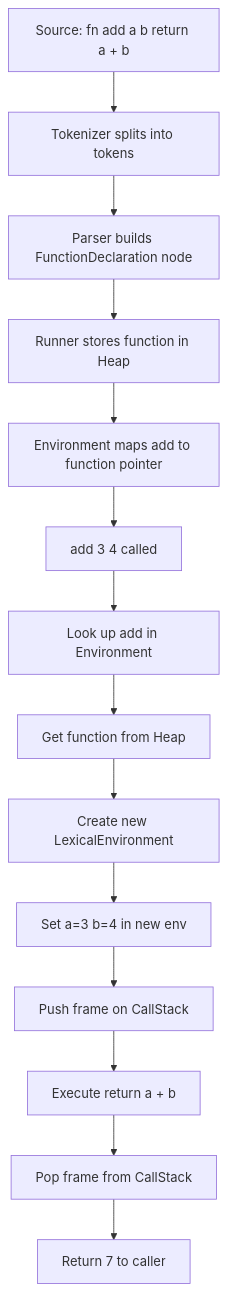
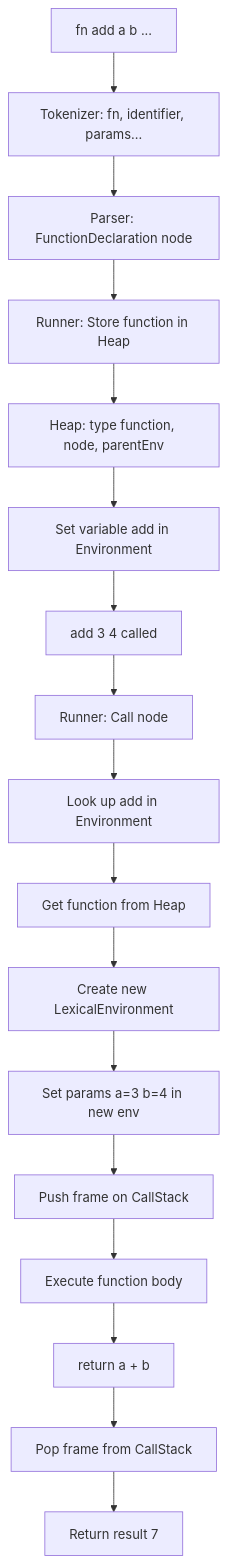
One commit to SoumyaCodercpp/interpreter_ui changed the third of 5 diagrams in README.MD. Above: the diagram before and after it, drawn with Mermaid.

````diff
--- a/README.MD
+++ b/README.MD
@@ -279,16 +279,19 @@
 ```mermaid
 flowchart TD
-    A[Source: fn add a b return a + b] --> B[Tokenizer splits into tokens]
-    B --> C[Parser builds FunctionDeclaration node]
-    C --> D[Runner stores function in Heap]
-    D --> E[Environment maps add to function pointer]
-    E --> F[add 3 4 called]
-    F --> G[Look up add in Environment]
-    G --> H[Get function from Heap]
-    H --> I[Create new LexicalEnvironment]
-    I --> J[Set a=3 b=4 in new env]
-    J --> K[Push frame on CallStack]
-    K --> L[Execute return a + b]
-    L --> M[Pop frame from CallStack]
-    M --> N[Return 7 to caller]
+    A[fn add a b ...] --> B[Tokenizer: fn, identifier, params...]
+    B --> C[Parser: FunctionDeclaration node]
+    C --> D[Runner: Store function in Heap]
+    D --> E[Heap: type function, node, parentEnv]
+    E --> F[Set variable add in Environment]
+    F --> G[add 3 4 called]
+    G --> H[Runner: Call node]
+    H --> I[Look up add in Environment]
+    I --> J[Get function from Heap]
+    J --> K[Create new LexicalEnvironment]
+    K --> L[Set params a=3 b=4 in new env]
+    L --> M[Push frame on CallStack]
+    M --> N[Execute function body]
+    N --> O[return a + b]
+    O --> P[Pop frame from CallStack]
+    P --> Q[Return result 7]
 ```
````
